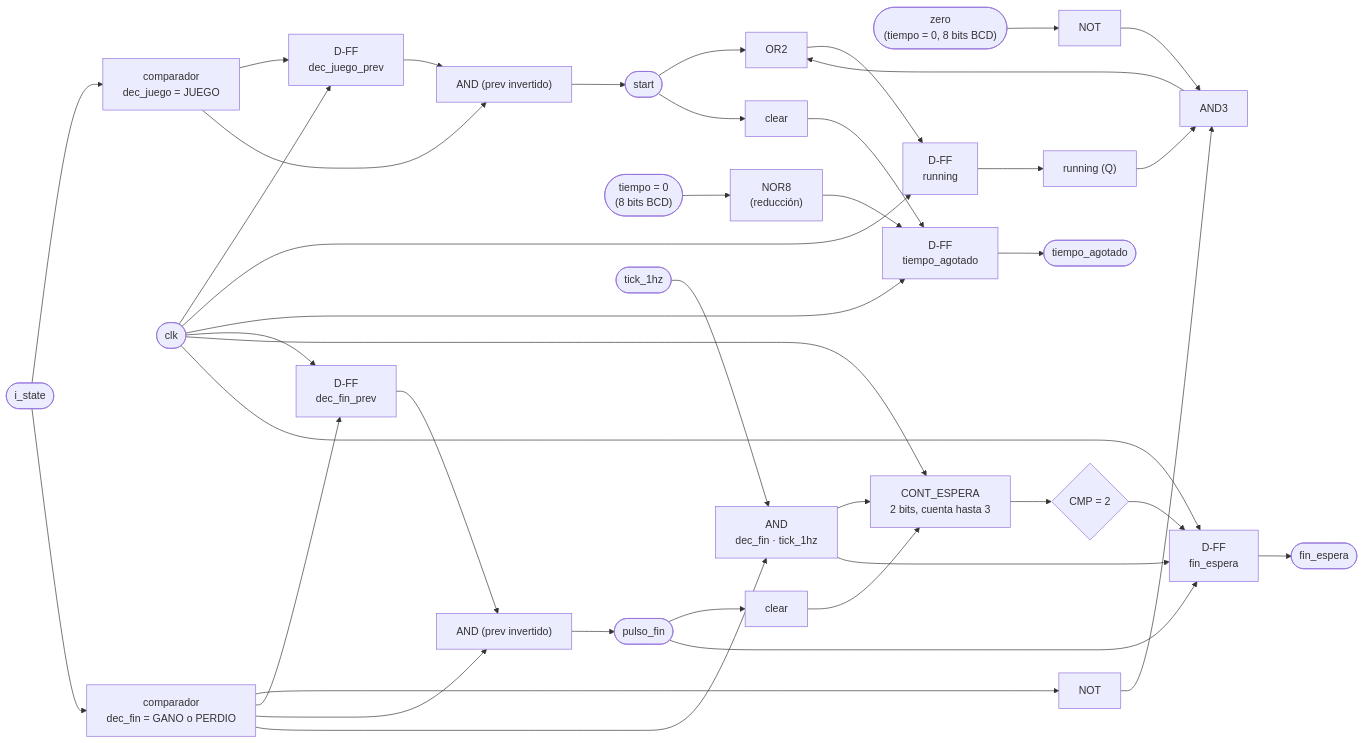
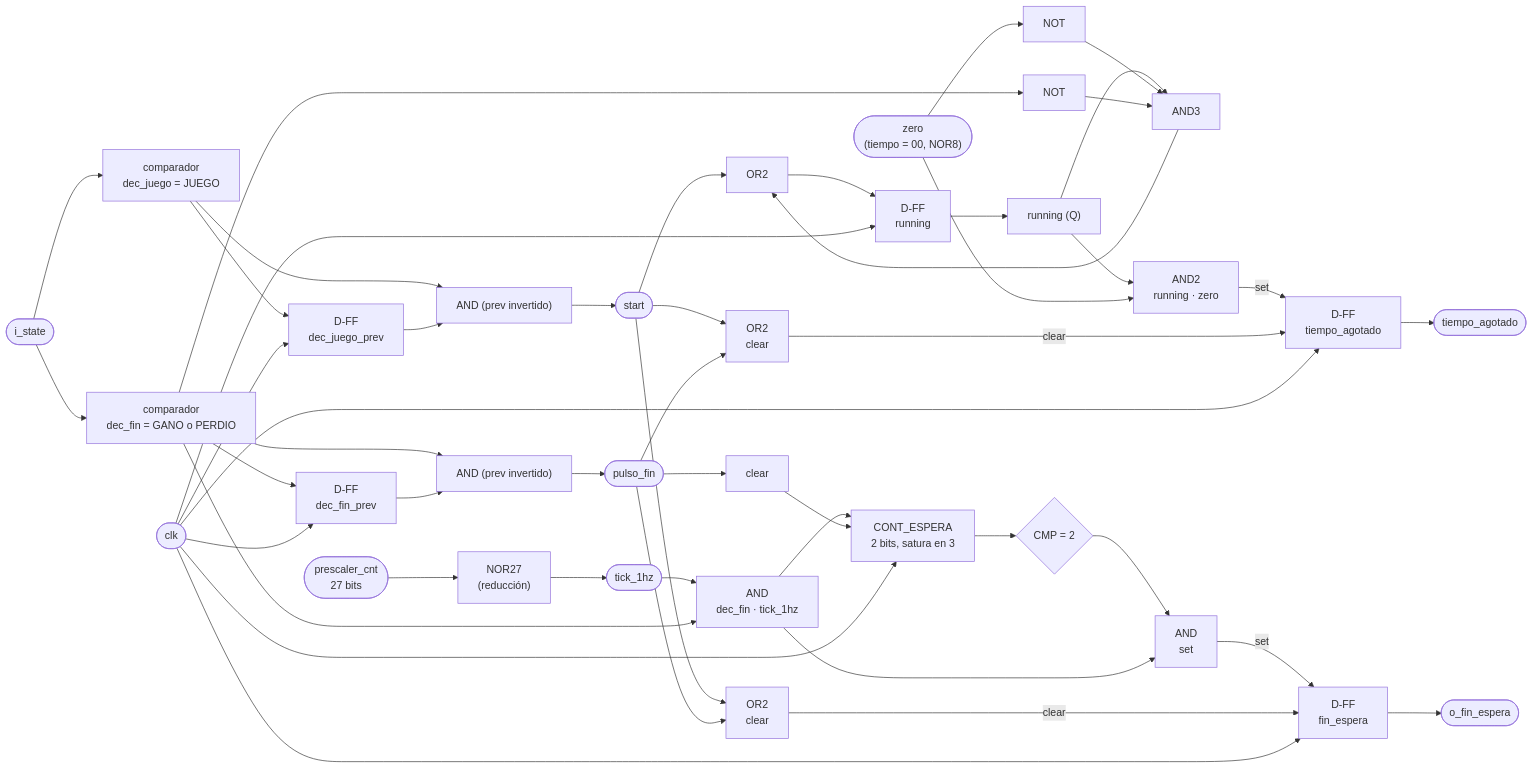
Before and after one commit to Taller-de-diseno-digital-GR01/Proyecto-2-Ahorcado: the second of 2 diagrams in docs/diseño/modulos/M03_Temporizador.md, drawn with Mermaid. The commit also changed other lines of this file and 7 other files, not shown here.

````diff
--- a/docs/diseño/modulos/M03_Temporizador.md
+++ b/docs/diseño/modulos/M03_Temporizador.md
@@ -141,47 +243,55 @@
 ```mermaid
 flowchart LR
     STATEIN(["i_state"]) --> DECJ["comparador<br/>dec_juego = JUEGO"]
     DECJ --> DJP["D-FF<br/>dec_juego_prev"]
     CLK1(["clk"]) --> DJP
     DECJ --> ANDJ["AND (prev invertido)"]
     DJP --> ANDJ
     ANDJ --> START(["start"])
 
-    ZERO(["zero<br/>(tiempo = 0, 8 bits BCD)"]) --> NOT1["NOT"]
+    STATEIN --> DECF["comparador<br/>dec_fin = GANO o PERDIO"]
+    DECF --> DFP["D-FF<br/>dec_fin_prev"]
+    CLK1 --> DFP
+    DECF --> ANDF["AND (prev invertido)"]
+    DFP --> ANDF
+    ANDF --> PULSOFIN(["pulso_fin"])
+
+    ZERO(["zero<br/>(tiempo = 00, NOR8)"]) --> NOT1["NOT"]
     DECF --> NOT2["NOT"]
     RUNQ["running (Q)"] --> AND1["AND3"]
     NOT1 --> AND1
     NOT2 --> AND1
     AND1 --> OR1["OR2"]
     START --> OR1
     OR1 --> D1["D-FF<br/>running"]
     CLK1 --> D1
     D1 --> RUNQ
 
-    T0(["tiempo = 0<br/>(8 bits BCD)"]) --> NOR1["NOR8<br/>(reducción)"]
-    NOR1 --> D2["D-FF<br/>tiempo_agotado"]
-    START --> RST2["clear"]
-    RST2 --> D2
+    PRE(["prescaler_cnt<br/>27 bits"]) --> NOR27["NOR27<br/>(reducción)"]
+    NOR27 --> TICK1HZ(["tick_1hz"])
+
+    RUNQ --> ANDTA["AND2<br/>running · zero"]
+    ZERO --> ANDTA
+    START --> ORTA["OR2<br/>clear"]
+    PULSOFIN --> ORTA
+    ANDTA -->|set| D2["D-FF<br/>tiempo_agotado"]
+    ORTA -->|clear| D2
     CLK1 --> D2
     D2 --> OUTFIN(["tiempo_agotado"])
 
-    STATEIN --> DECF["comparador<br/>dec_fin = GANO o PERDIO"]
-    DECF --> DFP["D-FF<br/>dec_fin_prev"]
-    CLK1 --> DFP
-    DECF --> ANDF["AND (prev invertido)"]
-    DFP --> ANDF
-    ANDF --> PULSOFIN(["pulso_fin"])
-
     PULSOFIN --> CE_RST["clear"]
-    TICK1HZ(["tick_1hz"]) --> CE_EN["AND<br/>dec_fin · tick_1hz"]
+    TICK1HZ --> CE_EN["AND<br/>dec_fin · tick_1hz"]
     DECF --> CE_EN
-    CE_EN --> CE_CNT["CONT_ESPERA<br/>2 bits, cuenta hasta 3"]
+    CE_EN --> CE_CNT["CONT_ESPERA<br/>2 bits, satura en 3"]
     CE_RST --> CE_CNT
     CLK1 --> CE_CNT
     CE_CNT --> CE_CMP{"CMP = 2"}
-    CE_CMP --> CE_D["D-FF<br/>fin_espera"]
-    CE_EN --> CE_D
-    PULSOFIN --> CE_D
+    CE_CMP --> CE_SET["AND<br/>set"]
+    CE_EN --> CE_SET
+    START --> ORFE["OR2<br/>clear"]
+    PULSOFIN --> ORFE
+    CE_SET -->|set| CE_D["D-FF<br/>fin_espera"]
+    ORFE -->|clear| CE_D
     CLK1 --> CE_D
-    CE_D --> OUTESPERA(["fin_espera"])
+    CE_D --> OUTESPERA(["o_fin_espera"])
 ```
````
